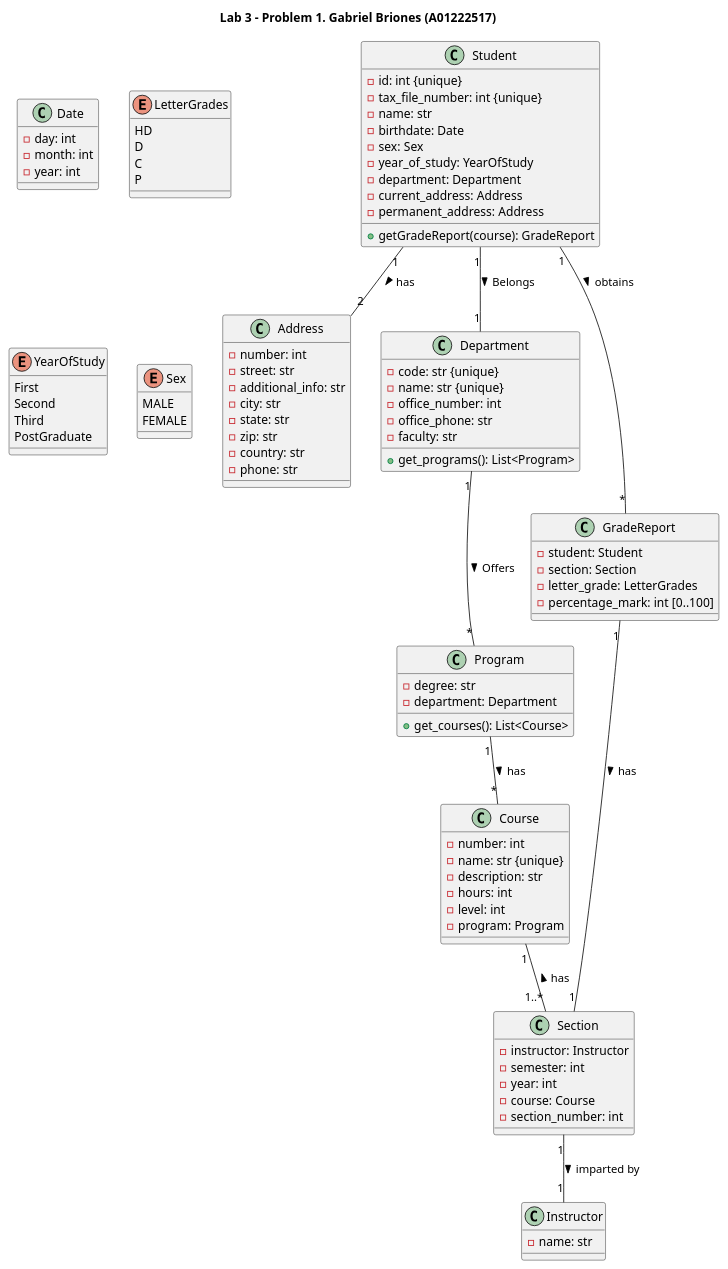
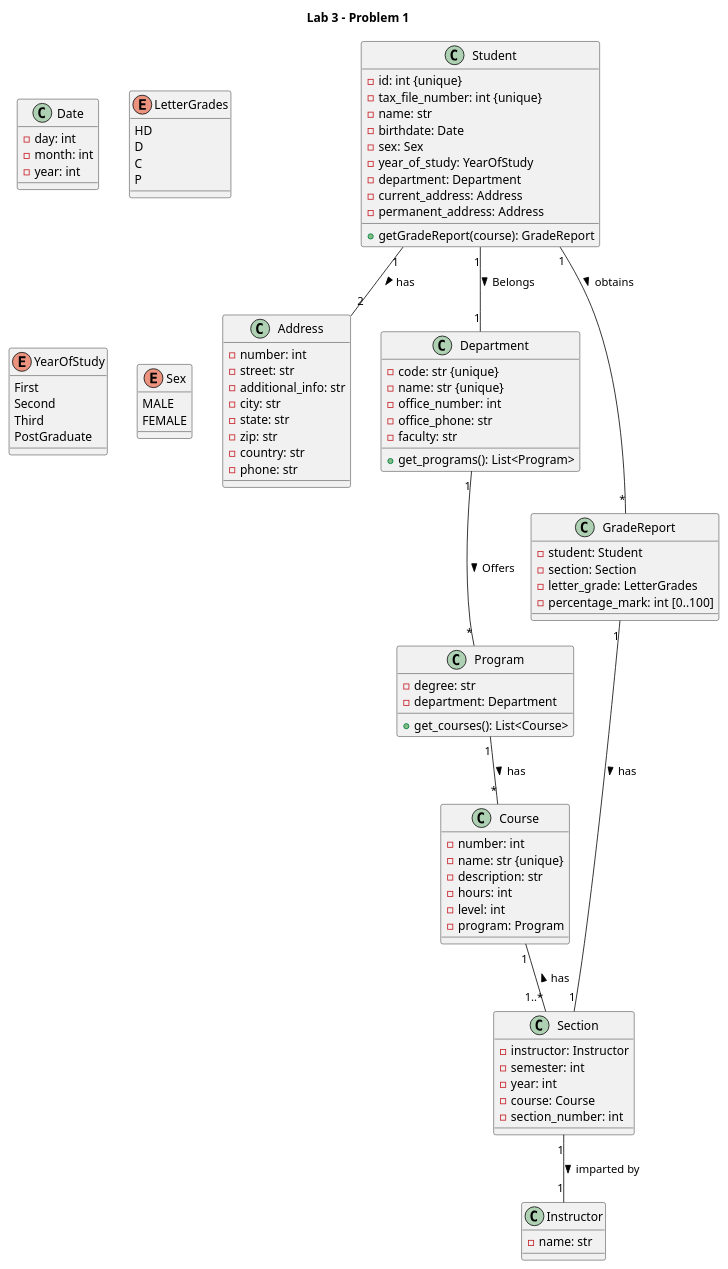
One commit to mcc-sw-eng-course/python-programs-gbriones1 changed the diagram in Lab3/p1.puml. Above: the diagram before and after it, drawn with PlantUML. The commit also changed 3 other files, not shown here.

```diff
--- a/Lab3/p1.puml
+++ b/Lab3/p1.puml
@@ -1,105 +1,105 @@
 @startuml
 
-title Lab 3 - Problem 1. Gabriel Briones (A01222517)
+title Lab 3 - Problem 1
 
 class Student {
     - id: int {unique}
     - tax_file_number: int {unique}
     - name: str
     - birthdate: Date
     - sex: Sex
     - year_of_study: YearOfStudy
     - department: Department
     - current_address: Address
     - permanent_address: Address
     + getGradeReport(course): GradeReport
 }
 
 class Date {
     - day: int
     - month: int
     - year: int
 }
 
 class Address {
     - number: int 
     - street: str
     - additional_info: str
     - city: str
     - state: str
     - zip: str
     - country: str
     - phone: str
 }
 
 class Department {
     - code: str {unique}
     - name: str {unique}
     - office_number: int
     - office_phone: str
     - faculty: str
     + get_programs(): List<Program>
 }
 
 class Program {
     - degree: str
     - department: Department
     + get_courses(): List<Course>
 }
 
 class Course{
     - number: int
     - name: str {unique}
     - description: str
     - hours: int
     - level: int
     - program: Program
 }
 
 class Section {
     - instructor: Instructor
     - semester: int
     - year: int
     - course: Course
     - section_number: int
 }
 
 class Instructor{
     - name: str
 }
 
 class GradeReport{
     - student: Student
     - section: Section
     - letter_grade: LetterGrades
     - percentage_mark: int [0..100]
 }
 
 enum LetterGrades{
     HD
     D
     C
     P
 }
 
 enum YearOfStudy {
     First
     Second
     Third
     PostGraduate
 }
 
 enum Sex {
     MALE
     FEMALE
 }
 
 Student "1" -down- "2" Address: has >
 Student "1" -down- "1" Department: Belongs >
 Department "1" -down- "*" Program: Offers >
 Program "1" -- "*" Course : has >
 Section "1"  -down- "1" Instructor: imparted by >
 Course "1" -- "1..*" Section : has <
 Student "1" -- "*" GradeReport: obtains >
 GradeReport "1" -- "1" Section: has >
 @enduml
```
